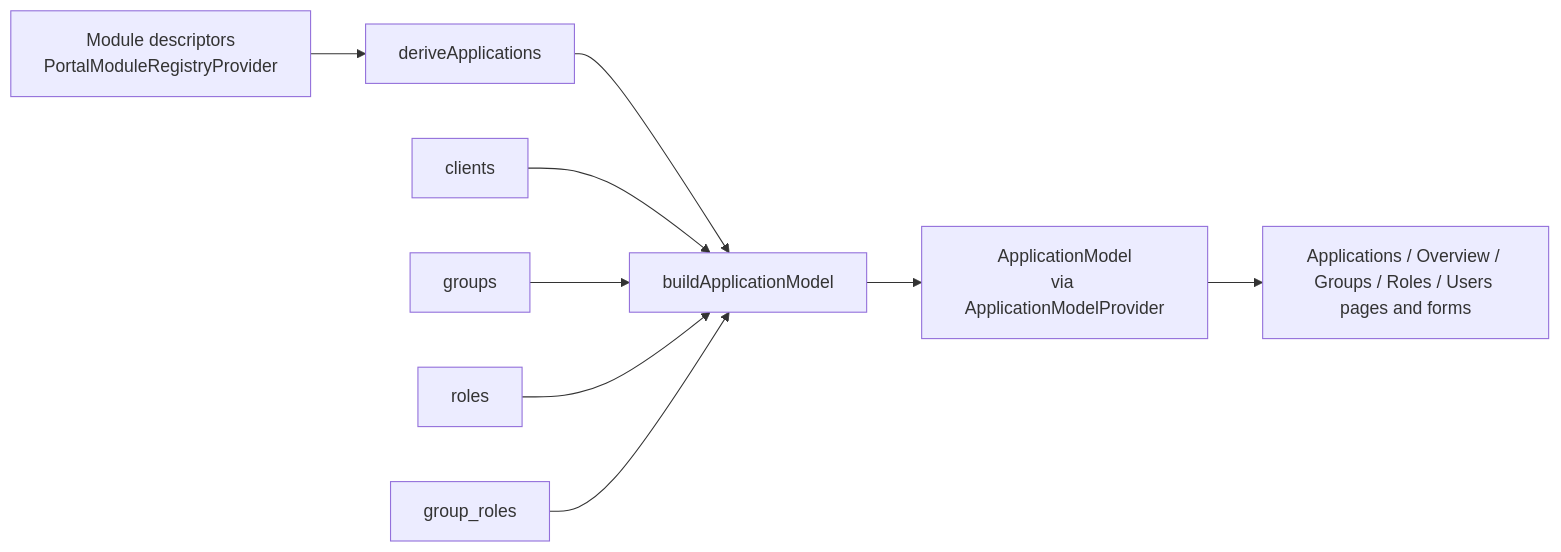
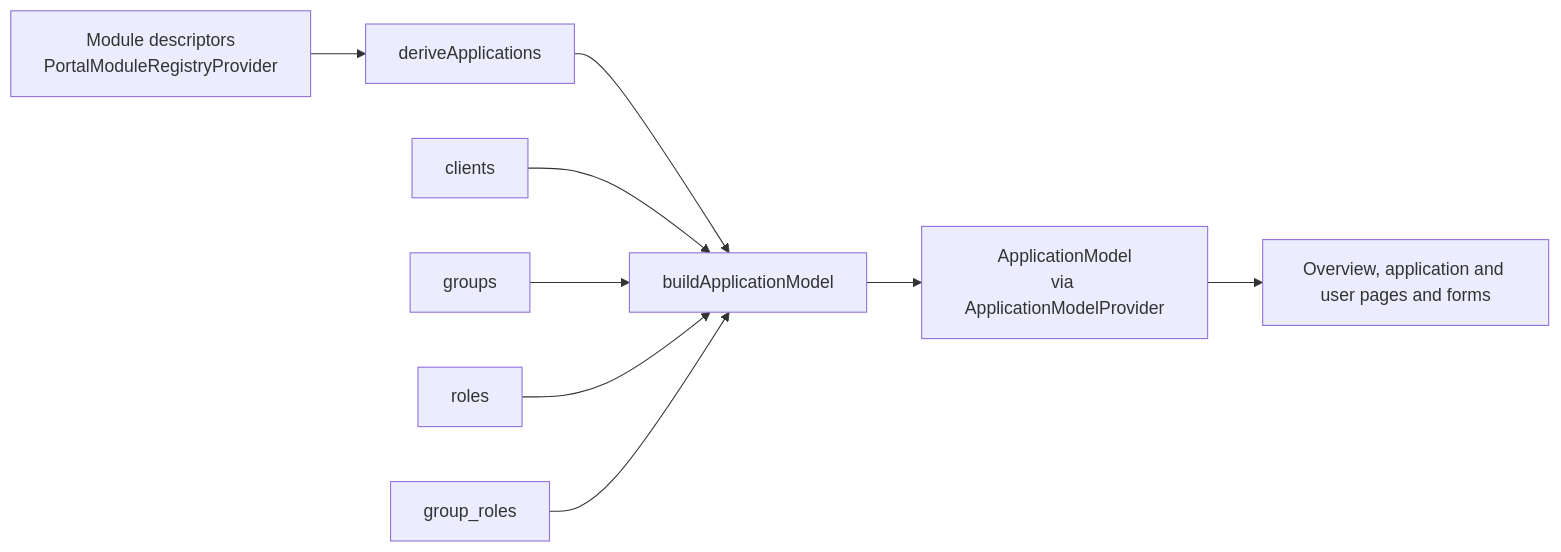
One commit to finos/vuu changed the diagram in vuu-ui/portal-examples/user-admin/docs/application-model.md. Above: the diagram before and after it, drawn with Mermaid. The commit also changed other lines of this file and 23 other files, not shown here.

First line of the commit message:
User admin: make Overview the only list page

````diff
--- a/vuu-ui/portal-examples/user-admin/docs/application-model.md
+++ b/vuu-ui/portal-examples/user-admin/docs/application-model.md
@@ -13,11 +13,11 @@
 ```mermaid
 flowchart LR
   R[Module descriptors<br/>PortalModuleRegistryProvider] --> D[deriveApplications]
   D --> B[buildApplicationModel]
   C[clients] --> B
   G[groups] --> B
   RO[roles] --> B
   GR[group_roles] --> B
   B --> M[ApplicationModel<br/>via ApplicationModelProvider]
-  M --> P[Applications / Overview / Groups / Roles / Users pages and forms]
+  M --> P[Overview, application and user pages and forms]
 ```
````
